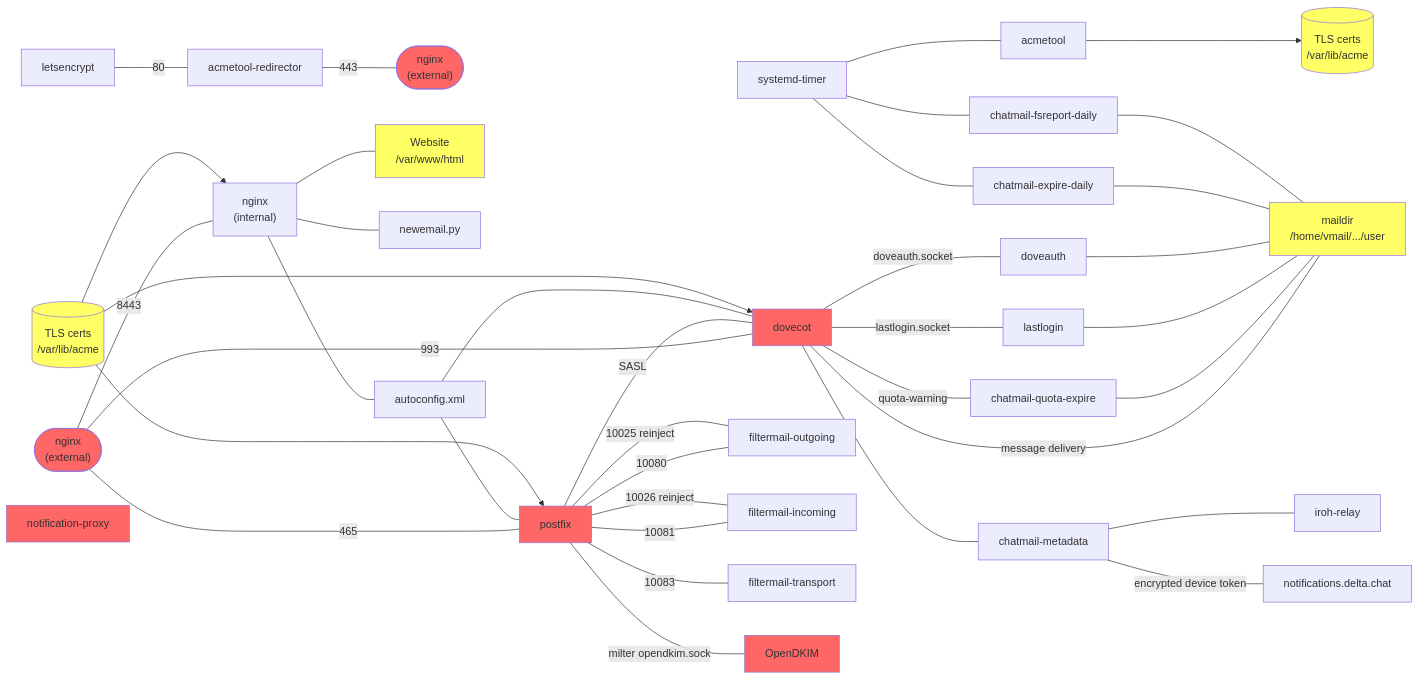
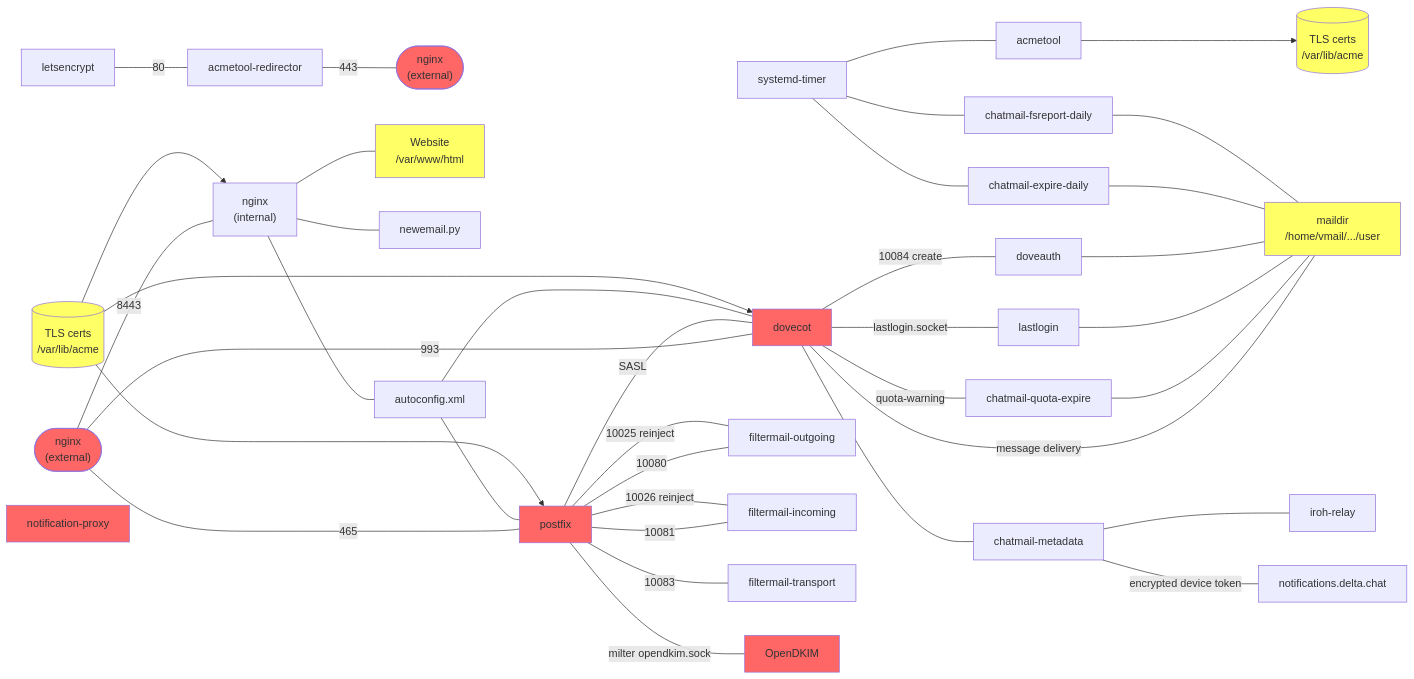
The first of 2 diagrams in doc/source/overview.rst (chatmail/relay), drawn with Mermaid before and after one commit. The commit also changed other lines of this file and 17 other files, not shown here.

```diff
--- a/doc/source/overview.rst
+++ b/doc/source/overview.rst
@@ -126,57 +127,57 @@
 .. mermaid::
    :caption: This diagram shows relay components and dependencies/communication paths.
 
     graph LR;
         letsencrypt --- |80|acmetool-redirector;
         acmetool-redirector --- |443|nginx-right(["`nginx
         (external)`"]);
         nginx-external --- |465|postfix;
         nginx-external(["`nginx
         (external)`"]) --- |8443|nginx-internal["`nginx
         (internal)`"];
         nginx-internal --- website["`Website
         /var/www/html`"];
         nginx-internal --- newemail.py;
         nginx-internal --- autoconfig.xml;
         certs-nginx[("`TLS certs
         /var/lib/acme`")] --> nginx-internal;
         systemd-timer --- acmetool;
         systemd-timer --- chatmail-expire-daily;
         systemd-timer --- chatmail-fsreport-daily;
         acmetool --> certs[("`TLS certs
         /var/lib/acme`")];
         nginx-external --- |993|dovecot;
         postfix --- |SASL|dovecot;
         autoconfig.xml --- postfix;
         autoconfig.xml --- dovecot;
         postfix --- |10080|filtermail-outgoing;
         postfix --- |10081|filtermail-incoming;
         postfix --- |10083|filtermail-transport;
         filtermail-outgoing --- |10025 reinject|postfix;
         filtermail-incoming --- |10026 reinject|postfix;
         postfix --- |milter opendkim.sock|OpenDKIM
-        dovecot --- |doveauth.socket|doveauth;
+        dovecot --- |10084 create|doveauth;
         dovecot --- |message delivery|maildir["maildir
         /home/vmail/.../user"];
         dovecot --- |lastlogin.socket|lastlogin;
         dovecot --- chatmail-metadata;
         dovecot --- |quota-warning|chatmail-quota-expire;
         chatmail-quota-expire --- maildir;
         lastlogin --- maildir;
         doveauth --- maildir;
         chatmail-expire-daily --- maildir;
         chatmail-fsreport-daily --- maildir;
         chatmail-metadata --- iroh-relay;
         chatmail-metadata --- |encrypted device token| notifications.delta.chat;
         certs-nginx --> postfix;
         certs-nginx --> dovecot;
         style certs fill:#ff6;
         style website fill:#ff6;
         style maildir fill:#ff6;
         style certs-nginx fill:#ff6;
         style nginx-external fill:#f66;
         style nginx-right fill:#f66;
         style postfix fill:#f66;
         style dovecot fill:#f66;
         style OpenDKIM fill:#f66;
         style notification-proxy fill:#f66;
```
